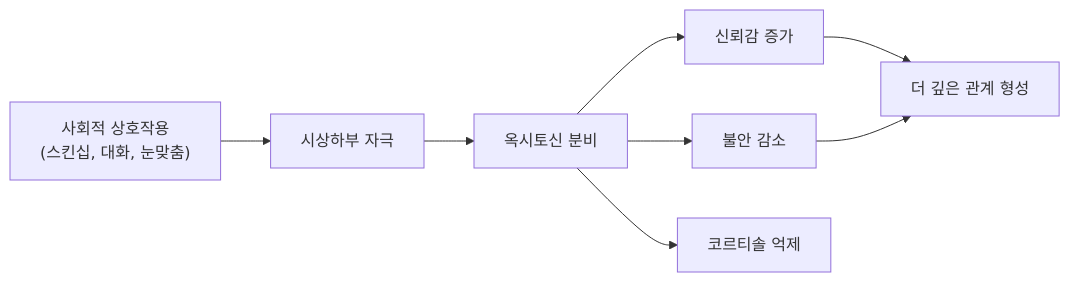
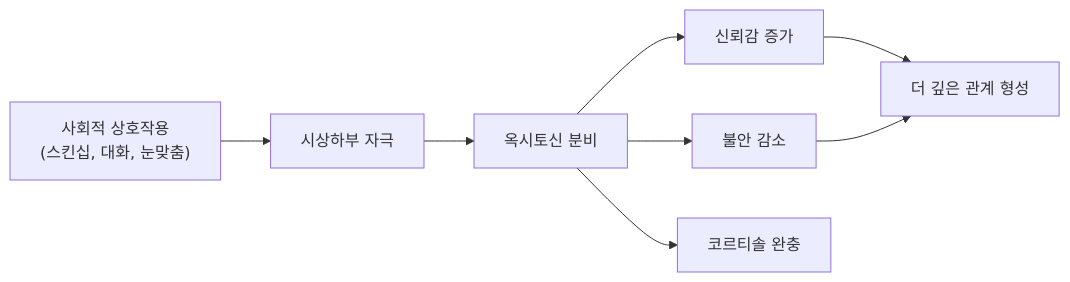
One commit to dss99911/dss99911.github.io changed the fourth of 9 diagrams in _posts/knowledge/health/2026-03-21-happiness-hormones-daily-routine.md. Above: the diagram before and after it, drawn with Mermaid. The commit also changed other lines of this file and 115 other files, not shown here.

````diff
--- a/_posts/knowledge/health/2026-03-21-happiness-hormones-daily-routine.md
+++ b/_posts/knowledge/health/2026-03-21-happiness-hormones-daily-routine.md
@@ -115,10 +115,10 @@
 ```mermaid
 flowchart LR
     A["사회적 상호작용<br/>#40;스킨십, 대화, 눈맞춤#41;"] --> B["시상하부 자극"]
     B --> C["옥시토신 분비"]
     C --> D["신뢰감 증가"]
     C --> E["불안 감소"]
-    C --> F["코르티솔 억제"]
+    C --> F["코르티솔 완충"]
     D --> G["더 깊은 관계 형성"]
     E --> G
 ```
````
